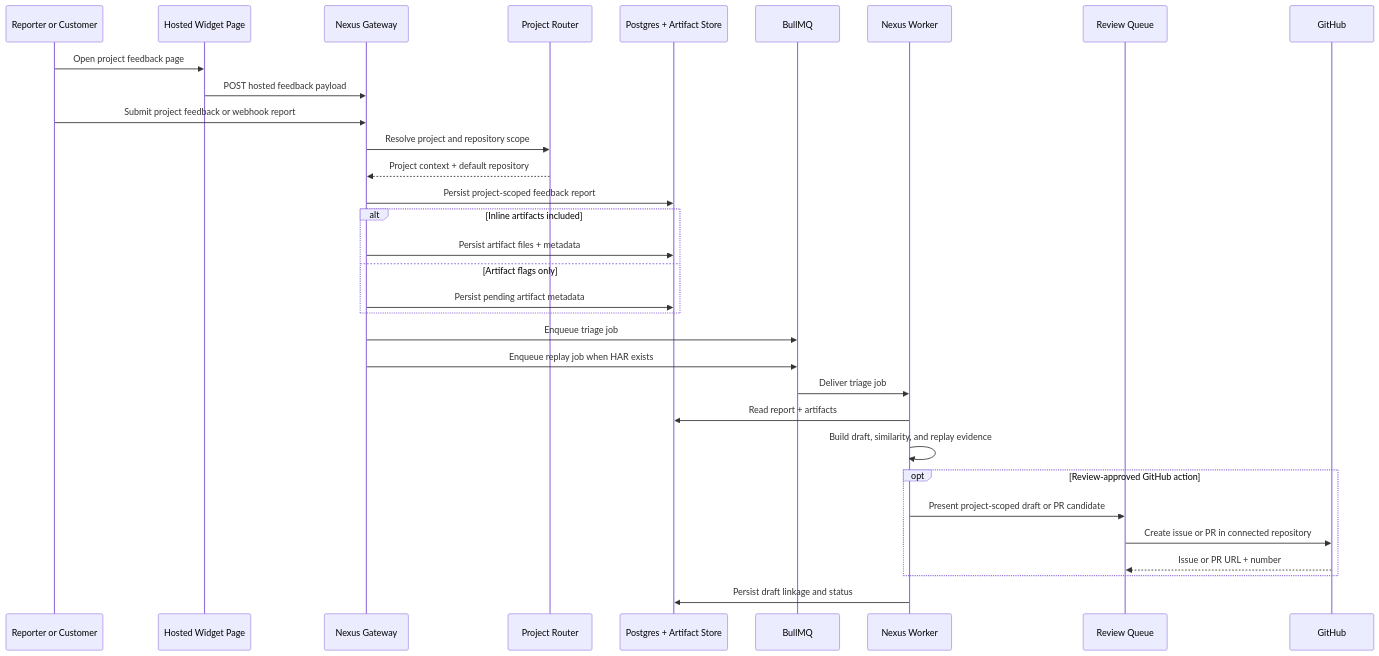
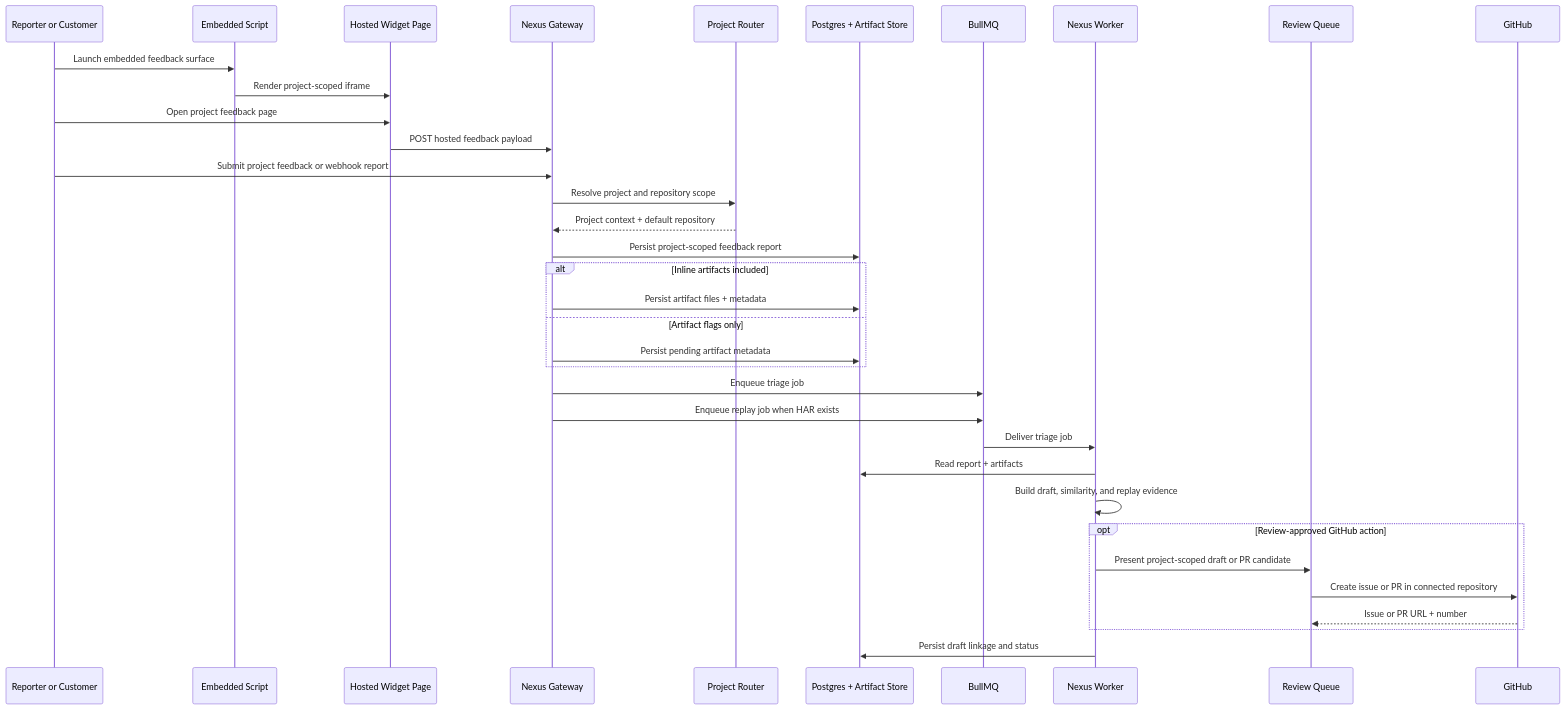
Before and after one commit to smithdavedesign/AI-Took-My-Job: the third of 3 diagrams in README.md, drawn with Mermaid. The commit also changed other lines of this file and 5 other files, not shown here.

Commit message:
Add widget embed and queue bulk actions

````diff
--- a/README.md
+++ b/README.md
@@ -143,35 +143,38 @@
 ```mermaid
 sequenceDiagram
   participant Reporter as Reporter or Customer
+  participant Embed as Embedded Script
   participant Widget as Hosted Widget Page
   participant Gateway as Nexus Gateway
   participant Router as Project Router
   participant Store as Postgres + Artifact Store
   participant Queue as BullMQ
   participant Worker as Nexus Worker
   participant Review as Review Queue
   participant GitHub as GitHub
 
+  Reporter->>Embed: Launch embedded feedback surface
+  Embed->>Widget: Render project-scoped iframe
   Reporter->>Widget: Open project feedback page
   Widget->>Gateway: POST hosted feedback payload
   Reporter->>Gateway: Submit project feedback or webhook report
   Gateway->>Router: Resolve project and repository scope
   Router-->>Gateway: Project context + default repository
   Gateway->>Store: Persist project-scoped feedback report
   alt Inline artifacts included
     Gateway->>Store: Persist artifact files + metadata
   else Artifact flags only
     Gateway->>Store: Persist pending artifact metadata
   end
   Gateway->>Queue: Enqueue triage job
   Gateway->>Queue: Enqueue replay job when HAR exists
   Queue->>Worker: Deliver triage job
   Worker->>Store: Read report + artifacts
   Worker->>Worker: Build draft, similarity, and replay evidence
   opt Review-approved GitHub action
     Worker->>Review: Present project-scoped draft or PR candidate
     Review->>GitHub: Create issue or PR in connected repository
     GitHub-->>Review: Issue or PR URL + number
   end
   Worker->>Store: Persist draft linkage and status
 ```
````
